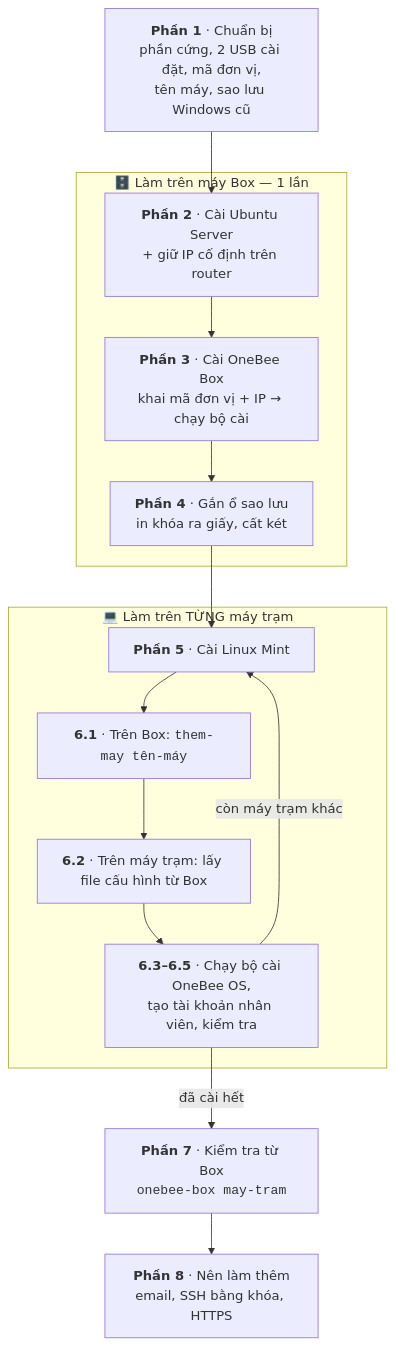
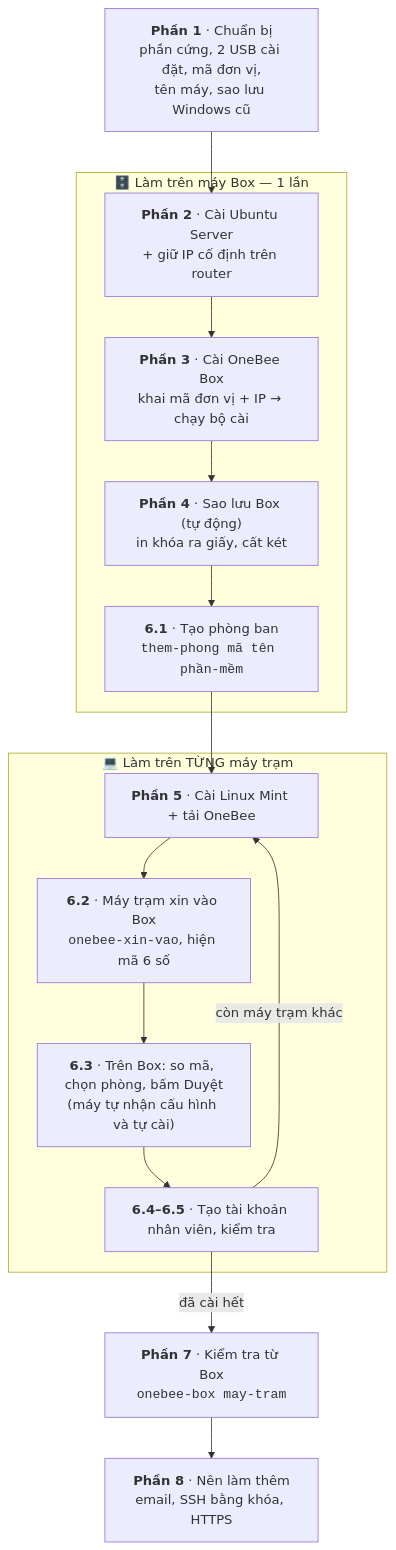
One commit to mthien07/da3-he-dieu-hanh-va-tu-dong-hoa-open-source changed the second of 4 diagrams in docs/huong-dan/huong-dan-cai-dat-tu-a-den-z.md. Above: the diagram before and after it, drawn with Mermaid. The commit also changed other lines of this file and 54 other files, not shown here.

First line of the commit message:
2.1.0: phòng ban, máy trạm xin vào duyệt trên web, sao lưu vào ổ Box (#56)

````diff
--- a/docs/huong-dan/huong-dan-cai-dat-tu-a-den-z.md
+++ b/docs/huong-dan/huong-dan-cai-dat-tu-a-den-z.md
@@ -56,21 +56,22 @@
 ```mermaid
 flowchart TD
     P1["<b>Phần 1</b> · Chuẩn bị<br/>phần cứng, 2 USB cài đặt, mã đơn vị,<br/>tên máy, sao lưu Windows cũ"]
     subgraph B["🗄️ Làm trên máy Box — 1 lần"]
         P2["<b>Phần 2</b> · Cài Ubuntu Server<br/>+ giữ IP cố định trên router"]
         P3["<b>Phần 3</b> · Cài OneBee Box<br/>khai mã đơn vị + IP → chạy bộ cài"]
-        P4["<b>Phần 4</b> · Gắn ổ sao lưu<br/>in khóa ra giấy, cất két"]
+        P4["<b>Phần 4</b> · Sao lưu Box (tự động)<br/>in khóa ra giấy, cất két"]
+        P6p["<b>6.1</b> · Tạo phòng ban<br/><code>them-phong mã tên phần-mềm</code>"]
     end
     subgraph T["💻 Làm trên TỪNG máy trạm"]
-        P5["<b>Phần 5</b> · Cài Linux Mint"]
-        P6a["<b>6.1</b> · Trên Box: <code>them-may tên-máy</code>"]
-        P6b["<b>6.2</b> · Trên máy trạm: lấy file cấu hình từ Box"]
-        P6c["<b>6.3–6.5</b> · Chạy bộ cài OneBee OS,<br/>tạo tài khoản nhân viên, kiểm tra"]
+        P5["<b>Phần 5</b> · Cài Linux Mint + tải OneBee"]
+        P6a["<b>6.2</b> · Máy trạm xin vào Box<br/><code>onebee-xin-vao</code>, hiện mã 6 số"]
+        P6b["<b>6.3</b> · Trên Box: so mã, chọn phòng, bấm Duyệt<br/>(máy tự nhận cấu hình và tự cài)"]
+        P6c["<b>6.4–6.5</b> · Tạo tài khoản nhân viên, kiểm tra"]
     end
     P7["<b>Phần 7</b> · Kiểm tra từ Box<br/><code>onebee-box may-tram</code>"]
     P8["<b>Phần 8</b> · Nên làm thêm<br/>email, SSH bằng khóa, HTTPS"]
 
-    P1 --> P2 --> P3 --> P4 --> P5 --> P6a --> P6b --> P6c
+    P1 --> P2 --> P3 --> P4 --> P6p --> P5 --> P6a --> P6b --> P6c
     P6c -- "còn máy trạm khác" --> P5
     P6c -- "đã cài hết" --> P7 --> P8
 ```
````
